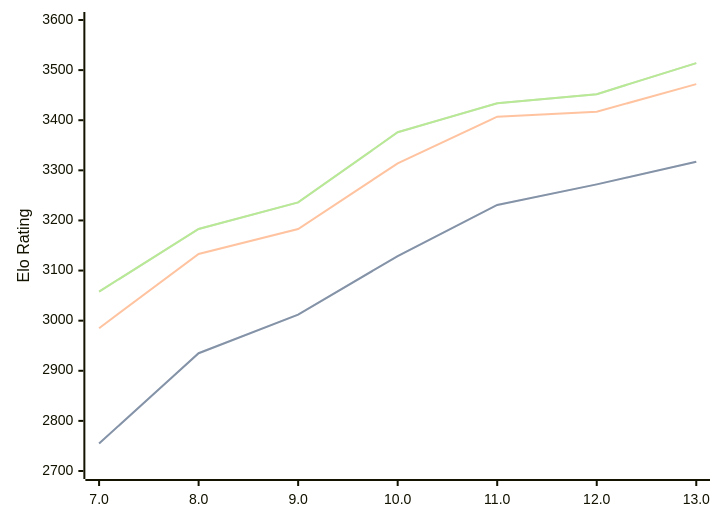
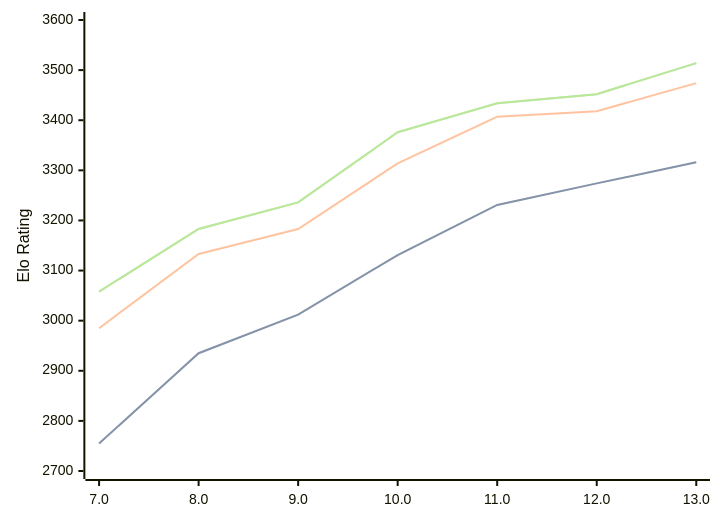
The diagram in engines/Tcheran.md (computer-chess-index/cci), drawn with Mermaid before and after one commit. The commit also changed other lines of this file, not shown here.

````diff
--- a/engines/Tcheran.md
+++ b/engines/Tcheran.md
@@ -37,11 +37,11 @@
 ```mermaid
 %%{init: {"theme":"base","themeVariables":{"seriesColors:['#a3a3a3','#222221','#faa371']}}}%%
 xychart-beta
   x-axis ["7.0", "8.0", "9.0", "10.0", "11.0", "12.0", "13.0"]
   y-axis "Elo Rating" 2700 --> 3600
-  line "STC (8.0+0.08s)" [2755, 2935, 3012, 3129, 3231, 3272, 3317]
-  line "STC (8.0+0.08s)" [2755, 2935, 3012, 3129, 3231, 3272, 3317]
-  line "LTC (60.0+0.60s)" [2985, 3133, 3183, 3314, 3407, 3417, 3472]
+  line "STC (8.0+0.08s)" [2755, 2935, 3012, 3131, 3231, 3274, 3316]
+  line "STC (8.0+0.08s)" [2755, 2935, 3012, 3131, 3231, 3274, 3316]
+  line "LTC (60.0+0.60s)" [2985, 3133, 3183, 3314, 3407, 3418, 3474]
   line "VLTC (2m24s+1.12s)" [3058, 3183, 3236, 3376, 3434, 3452, 3514]
   line "VLTC (2m24s+1.12s)" [3058, 3183, 3236, 3376, 3434, 3452, 3514]
 ```
````
